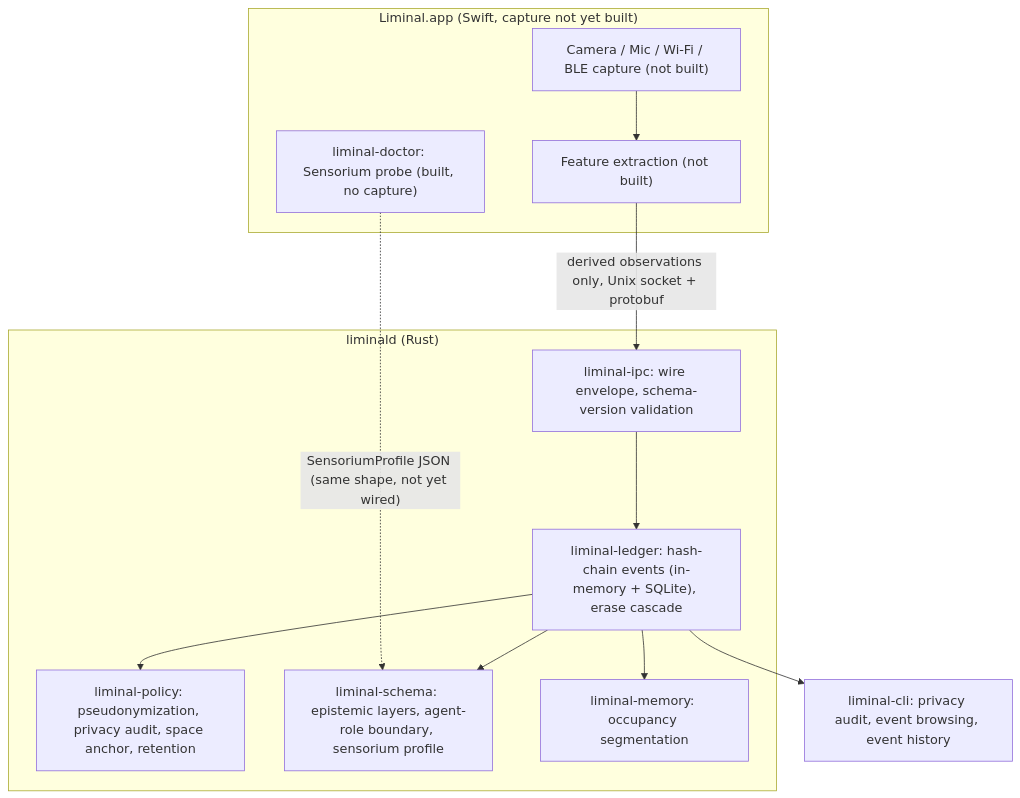
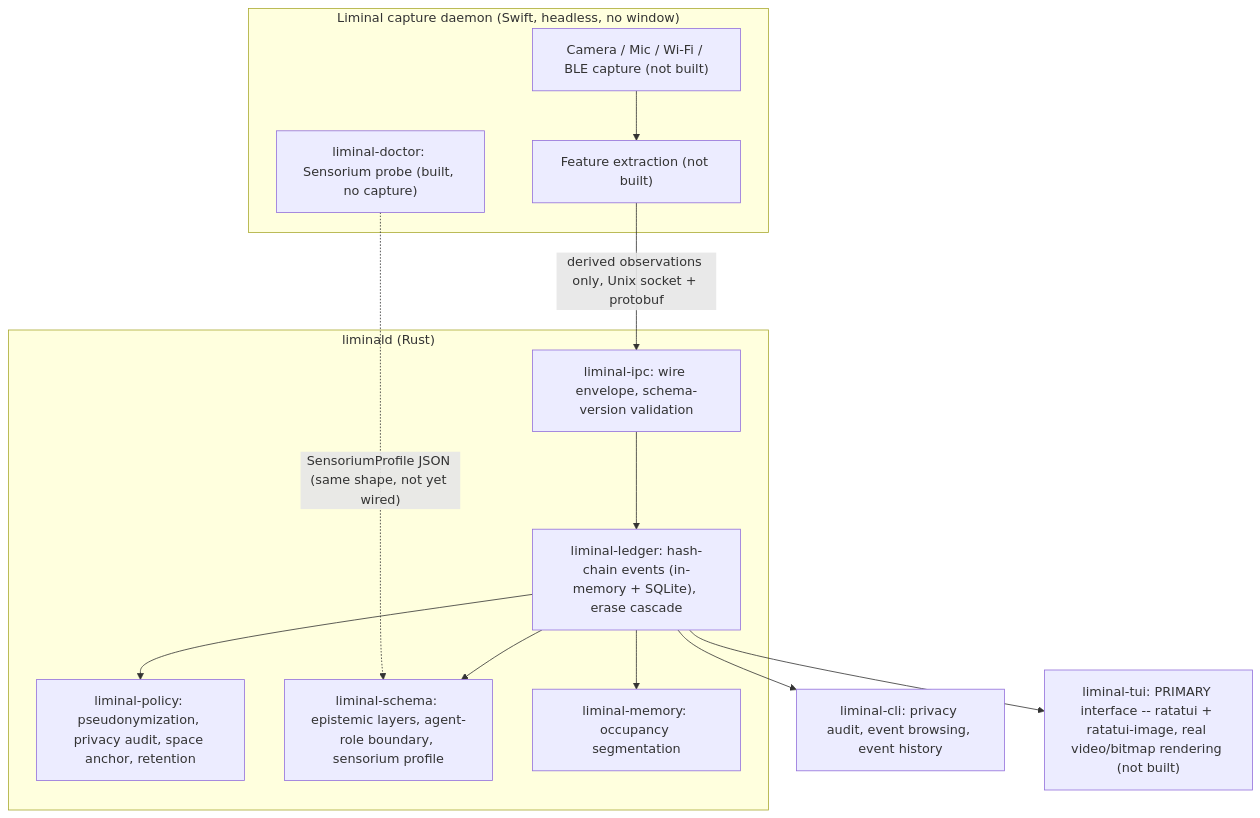
Before and after one commit to randyren278/liminal: the diagram in docs/ARCHITECTURE.md, drawn with Mermaid. The commit also changed other lines of this file and 2 other files, not shown here.

````diff
--- a/docs/ARCHITECTURE.md
+++ b/docs/ARCHITECTURE.md
@@ -14,25 +19,27 @@
 ```mermaid
 flowchart TB
-    subgraph Swift["Liminal.app (Swift, capture not yet built)"]
+    subgraph Swift["Liminal capture daemon (Swift, headless, no window)"]
         Doctor["liminal-doctor: Sensorium probe (built, no capture)"]
         Sensors["Camera / Mic / Wi-Fi / BLE capture (not built)"]
         Extract["Feature extraction (not built)"]
     end
     subgraph Rust["liminald (Rust)"]
         IPC["liminal-ipc: wire envelope, schema-version validation"]
         Ledger["liminal-ledger: hash-chain events (in-memory + SQLite), erase cascade"]
         Policy["liminal-policy: pseudonymization, privacy audit, space anchor, retention"]
         Schema["liminal-schema: epistemic layers, agent-role boundary, sensorium profile"]
         Memory["liminal-memory: occupancy segmentation"]
     end
     CLI["liminal-cli: privacy audit, event browsing, event history"]
+    TUI["liminal-tui: PRIMARY interface -- ratatui + ratatui-image, real video/bitmap rendering (not built)"]
 
     Doctor -.->|"SensoriumProfile JSON (same shape, not yet wired)"| Schema
     Sensors --> Extract
     Extract -->|"derived observations only, Unix socket + protobuf"| IPC
     IPC --> Ledger
     Ledger --> Policy
     Ledger --> Schema
     Ledger --> Memory
     Ledger --> CLI
+    Ledger --> TUI
 ```
````
